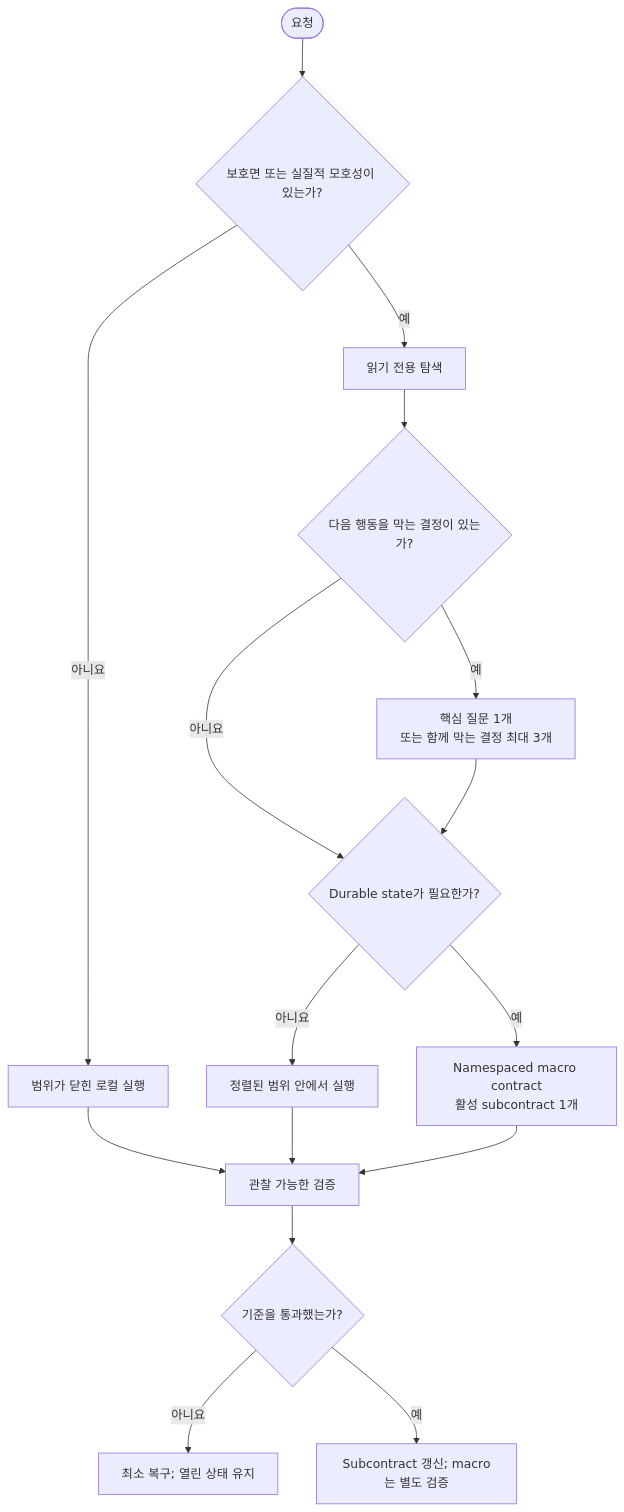
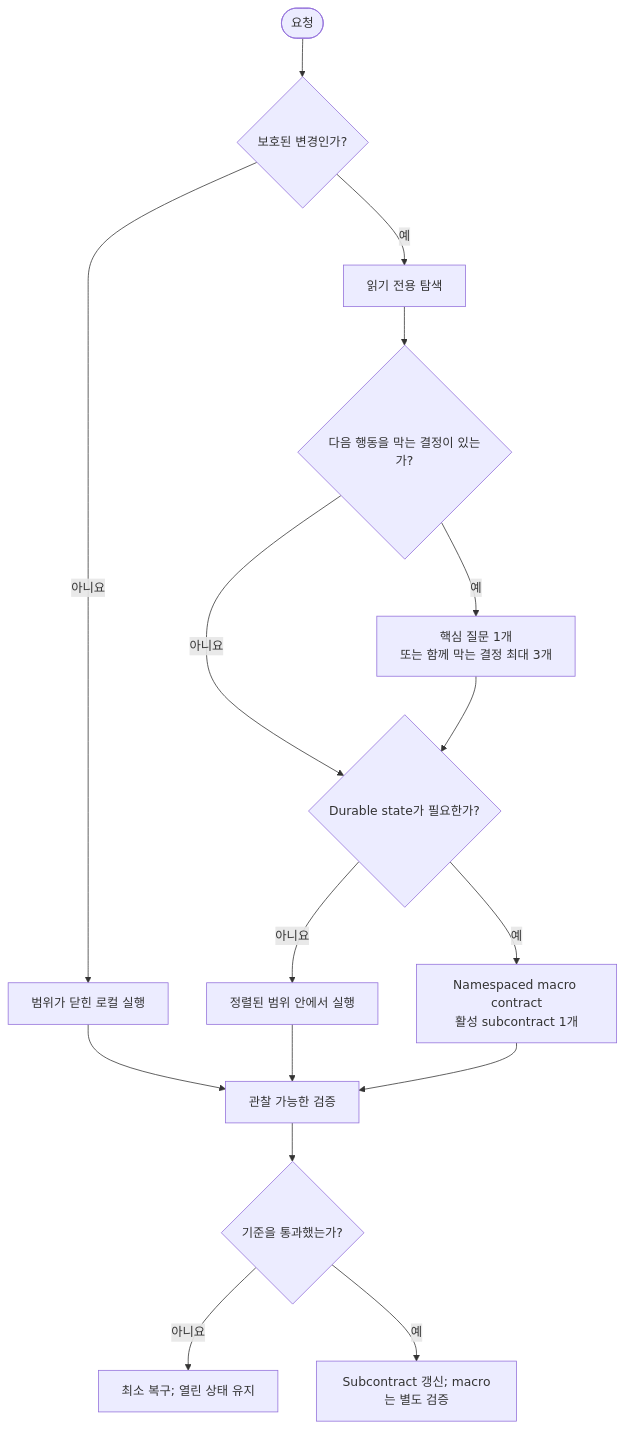
Before and after one commit to jiyeongjun/socrates-protocol: the diagram in README.ko.md, drawn with Mermaid. The commit also changed other lines of this file and 46 other files, not shown here.

````diff
--- a/README.ko.md
+++ b/README.ko.md
@@ -31,18 +32,18 @@
 ```mermaid
 flowchart TB
-    A([요청]) --> B{보호면 또는 실질적 모호성이 있는가?}
+    A([요청]) --> B{보호된 변경인가?}
     B -- 아니요 --> C[범위가 닫힌 로컬 실행]
     B -- 예 --> D[읽기 전용 탐색]
     D --> E{다음 행동을 막는 결정이 있는가?}
     E -- 예 --> F[핵심 질문 1개<br/>또는 함께 막는 결정 최대 3개]
     E -- 아니요 --> G{Durable state가 필요한가?}
     F --> G
     G -- 아니요 --> H[정렬된 범위 안에서 실행]
     G -- 예 --> I[Namespaced macro contract<br/>활성 subcontract 1개]
     C --> J[관찰 가능한 검증]
     H --> J
     I --> J
     J --> K{기준을 통과했는가?}
     K -- 아니요 --> L[최소 복구; 열린 상태 유지]
     K -- 예 --> M[Subcontract 갱신; macro는 별도 검증]
 ```
````
